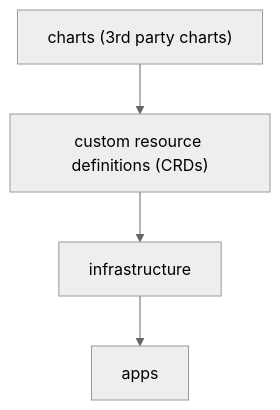
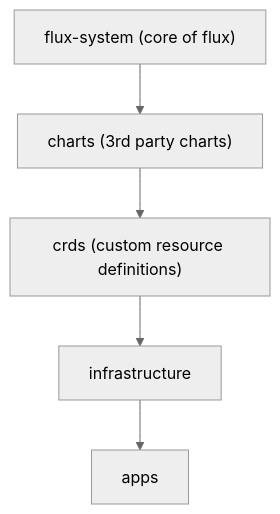
Before and after one commit to loganmarchione/k8s_homelab: the diagram in cluster/base/README.md, drawn with Mermaid (neutral theme).

````diff
--- a/cluster/base/README.md
+++ b/cluster/base/README.md
@@ -3,6 +3,7 @@
 ```mermaid
 flowchart TD;
-    A["charts (3rd party charts)"]-->B["custom resource definitions (CRDs)"];
-    B-->C[infrastructure];
-    C-->D[apps];
+    A["flux-system (core of flux)"]-->B["charts (3rd party charts)"]
+    B-->C["crds (custom resource definitions)"];
+    C-->D[infrastructure];
+    D-->E[apps];
 ```
````
